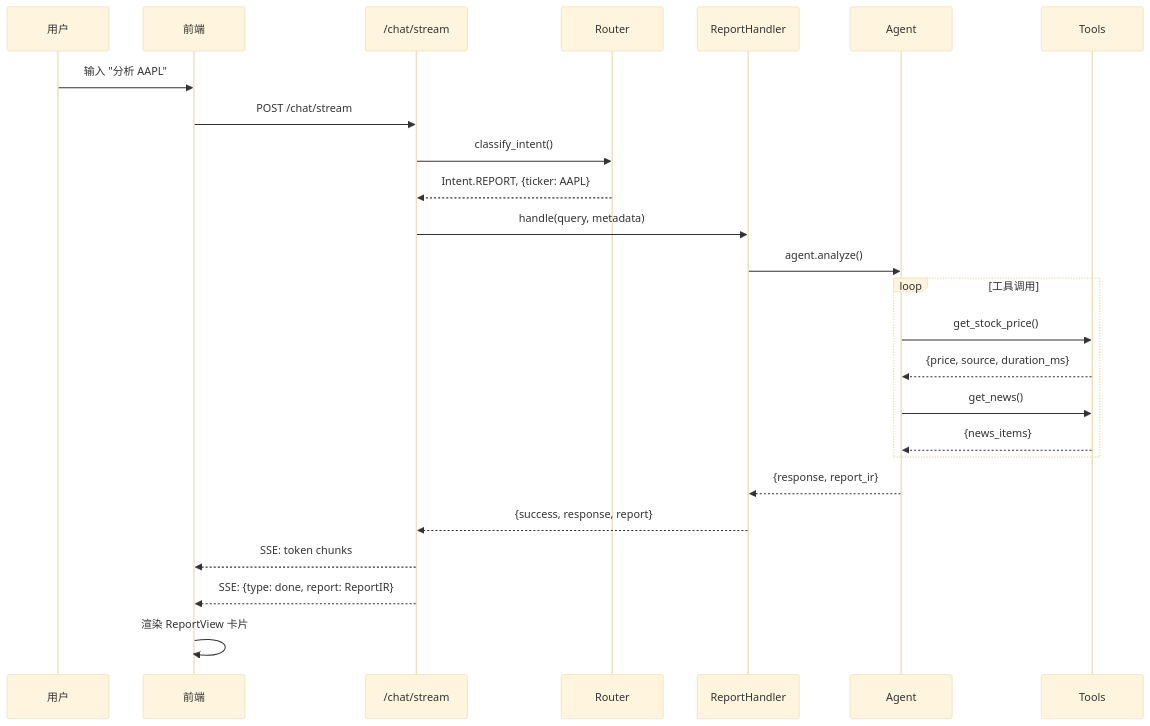
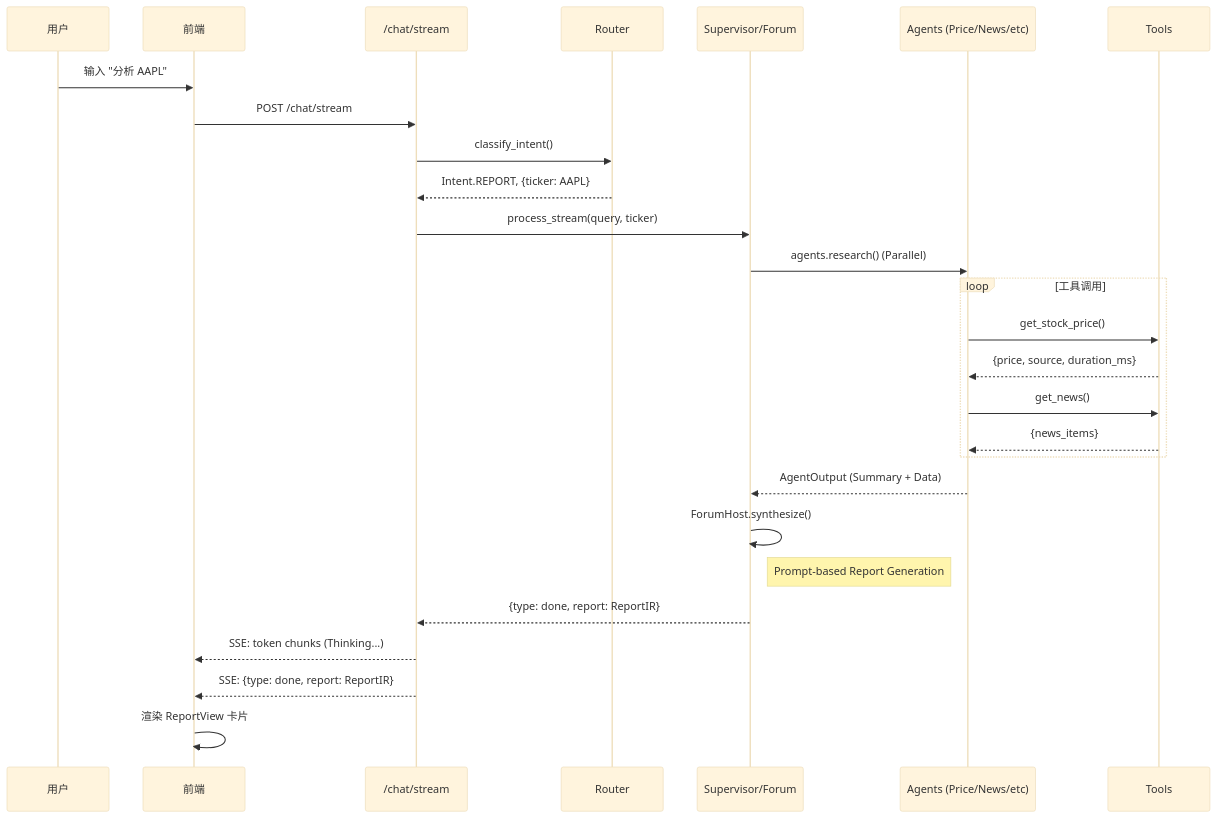
One commit to kkkano/FinSight changed the second of 4 diagrams in docs/PROJECT_STATUS.md. Above: the diagram before and after it, drawn with Mermaid (base theme). The commit also changed 76 other files, not shown here.

First line of the commit message:
feat(architecture): Migration to Supervisor-Forum Pattern & Phase 2 Completion

````diff
--- a/docs/PROJECT_STATUS.md
+++ b/docs/PROJECT_STATUS.md
@@ -296,32 +296,34 @@
 ```mermaid
 sequenceDiagram
     participant U as 用户
     participant F as 前端
     participant API as /chat/stream
     participant R as Router
-    participant H as ReportHandler
-    participant A as Agent
+    participant S as Supervisor/Forum
+    participant A as Agents (Price/News/etc)
     participant T as Tools
 
     U->>F: 输入 "分析 AAPL"
     F->>API: POST /chat/stream
     API->>R: classify_intent()
     R-->>API: Intent.REPORT, {ticker: AAPL}
     
-    API->>H: handle(query, metadata)
-    H->>A: agent.analyze()
+    API->>S: process_stream(query, ticker)
+    S->>A: agents.research() (Parallel)
     
     loop 工具调用
         A->>T: get_stock_price()
         T-->>A: {price, source, duration_ms}
         A->>T: get_news()
         T-->>A: {news_items}
     end
     
-    A-->>H: {response, report_ir}
-    H-->>API: {success, response, report}
+    A-->>S: AgentOutput (Summary + Data)
+    S->>S: ForumHost.synthesize()
+    note right of S: Prompt-based Report Generation
+    S-->>API: {type: done, report: ReportIR}
     
-    API-->>F: SSE: token chunks
+    API-->>F: SSE: token chunks (Thinking...)
     API-->>F: SSE: {type: done, report: ReportIR}
     F->>F: 渲染 ReportView 卡片
 ```
````
